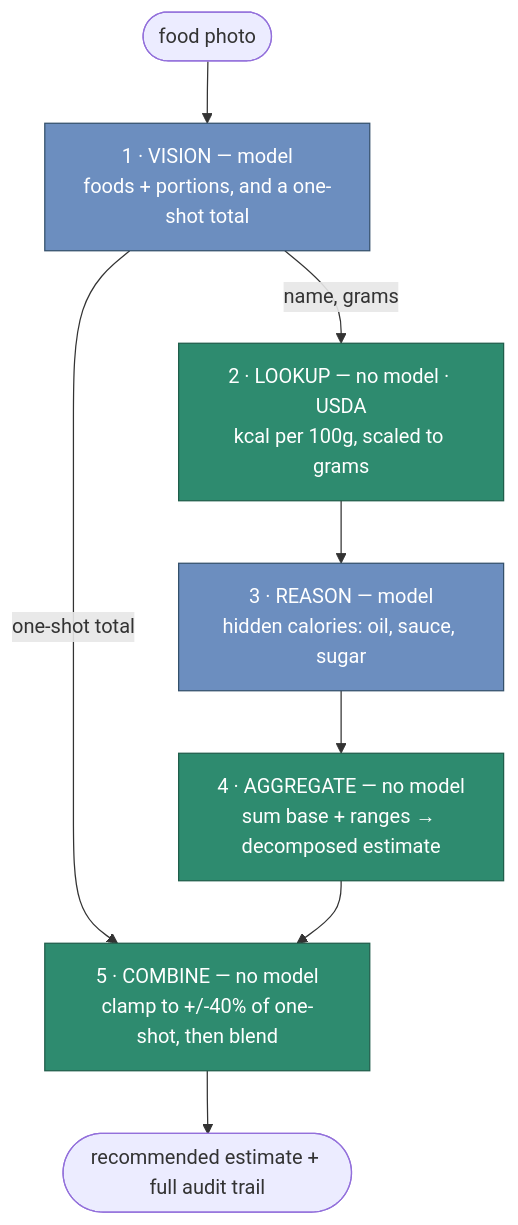
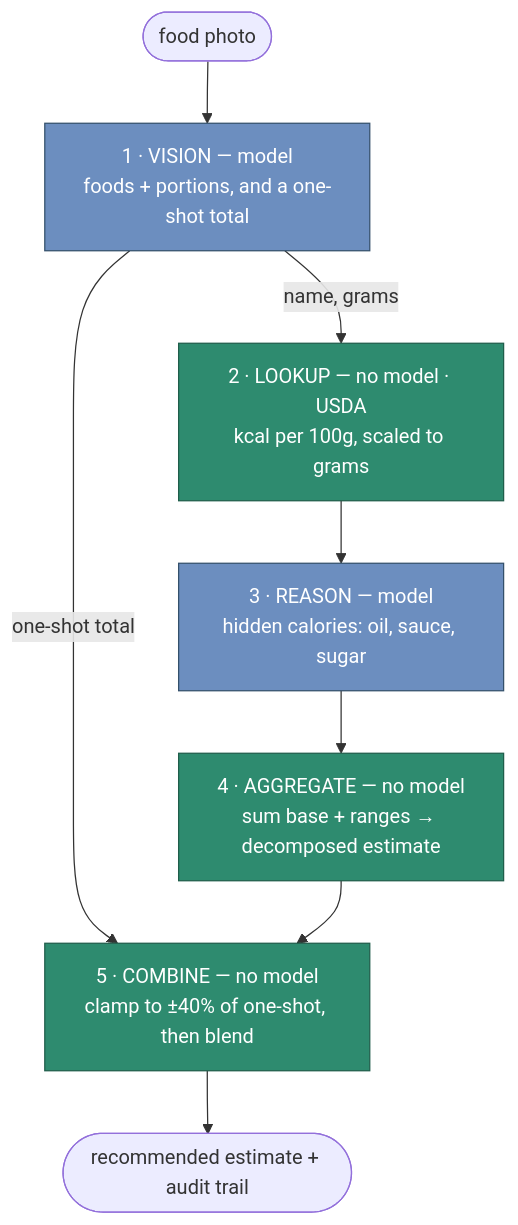
The diagram in README.md (jLuPSP/calorie-pipeline), drawn with Mermaid before and after one commit. The commit also changed other lines of this file and 7 other files, not shown here.

First line of the commit message:
Tighten and clean up: leaner README + blog, cleaner charts

````diff
--- a/README.md
+++ b/README.md
@@ -108,14 +50,14 @@
 ```mermaid
 flowchart TD
     P([food photo]) --> V["1 · VISION — model<br/>foods + portions, and a one-shot total"]
     V -- "name, grams" --> L["2 · LOOKUP — no model · USDA<br/>kcal per 100g, scaled to grams"]
     L --> R["3 · REASON — model<br/>hidden calories: oil, sauce, sugar"]
     R --> A["4 · AGGREGATE — no model<br/>sum base + ranges → decomposed estimate"]
-    V -- "one-shot total" --> C["5 · COMBINE — no model<br/>clamp to +/-40% of one-shot, then blend"]
+    V -- "one-shot total" --> C["5 · COMBINE — no model<br/>clamp to ±40% of one-shot, then blend"]
     A --> C
-    C --> F([recommended estimate + full audit trail])
+    C --> F([recommended estimate + audit trail])
     classDef model fill:#6c8ebf,stroke:#34506b,color:#fff;
     classDef plain fill:#2e8b6f,stroke:#1f5d4a,color:#fff;
     class V,R model
     class L,A,C plain
 ```
````
